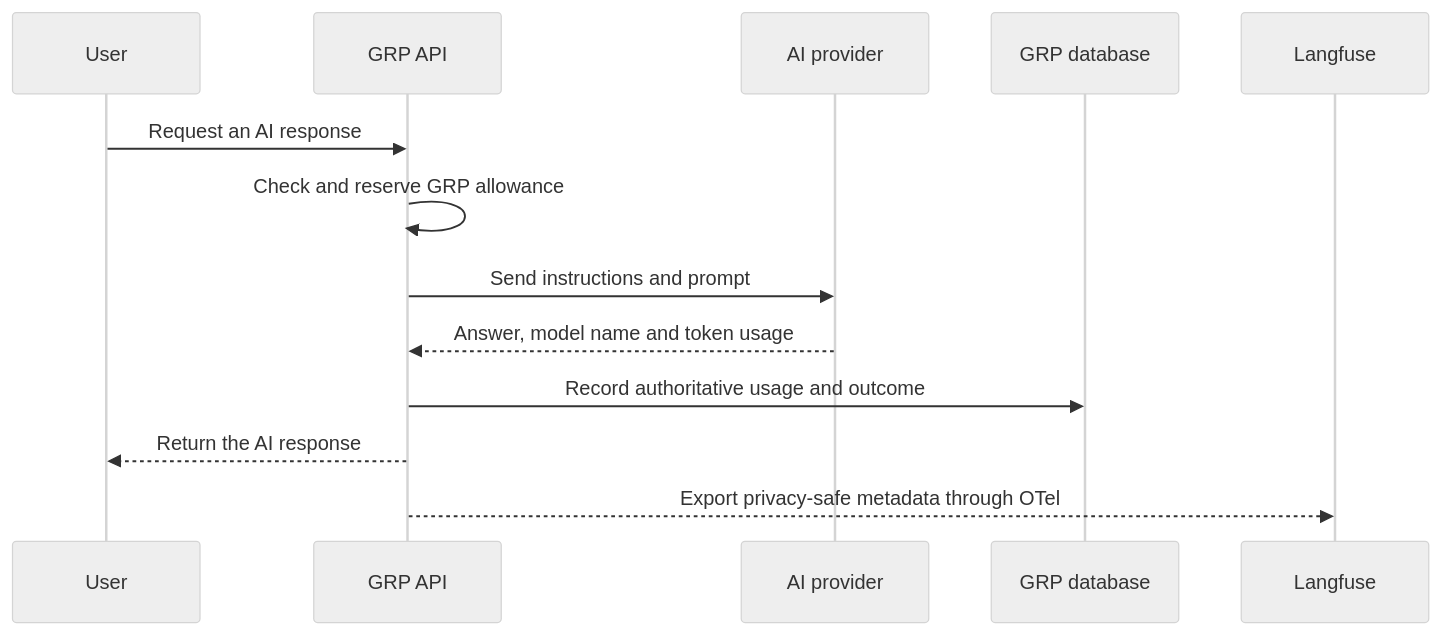
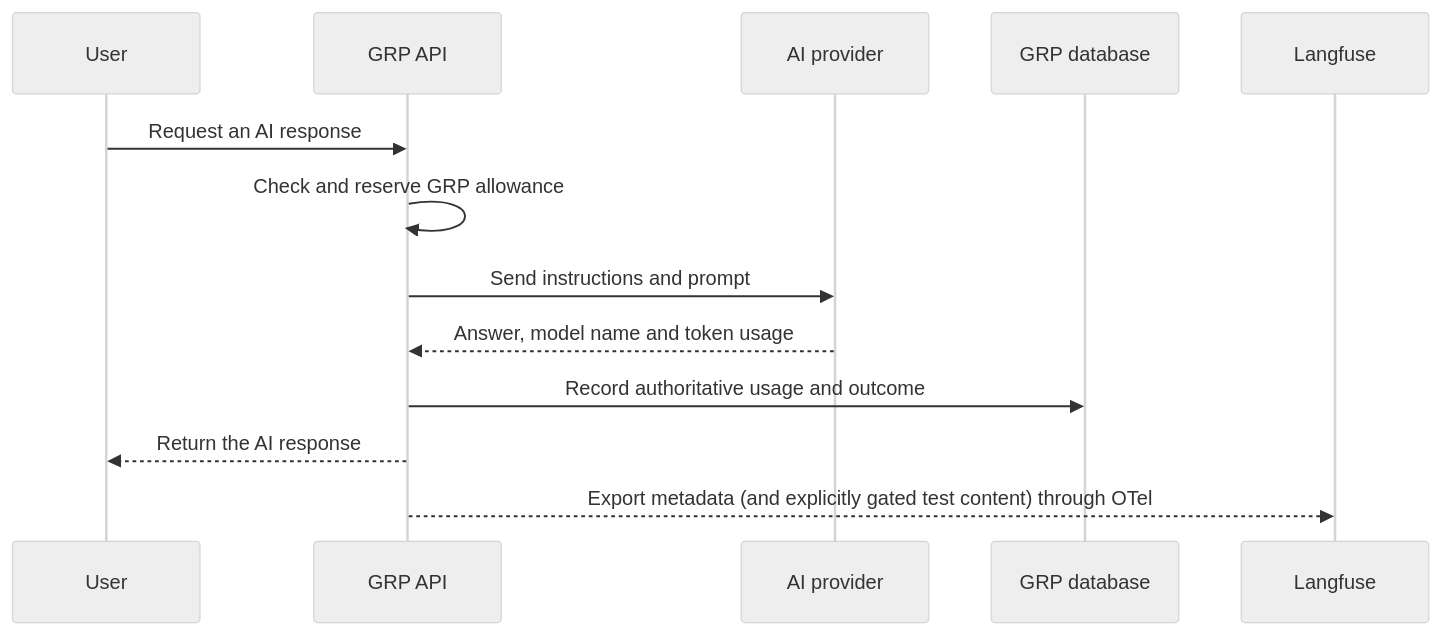
The diagram in docs/guides/how-grp-langfuse-works.md (kovitad/ADPC_GRP), drawn with Mermaid (neutral theme) before and after one commit. The commit also changed other lines of this file and 11 other files, not shown here.

````diff
--- a/docs/guides/how-grp-langfuse-works.md
+++ b/docs/guides/how-grp-langfuse-works.md
@@ -11,16 +11,16 @@
 ```mermaid
 sequenceDiagram
     participant User
     participant GRP as GRP API
     participant Provider as AI provider
     participant DB as GRP database
     participant LF as Langfuse
 
     User->>GRP: Request an AI response
     GRP->>GRP: Check and reserve GRP allowance
     GRP->>Provider: Send instructions and prompt
     Provider-->>GRP: Answer, model name and token usage
     GRP->>DB: Record authoritative usage and outcome
     GRP-->>User: Return the AI response
-    GRP-->>LF: Export privacy-safe metadata through OTel
+    GRP-->>LF: Export metadata (and explicitly gated test content) through OTel
 ```
````
